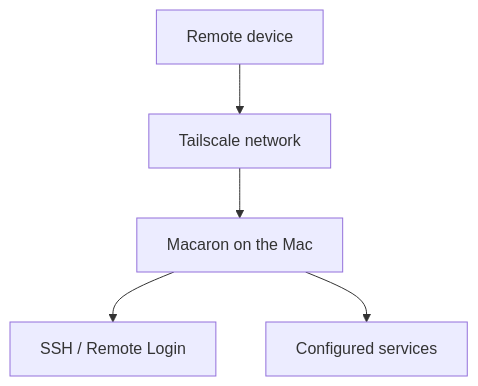
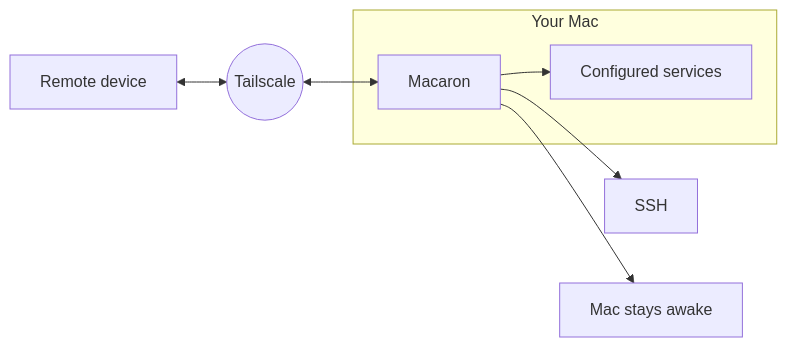
One commit to clemenzi/macaron changed the diagram in README.md. Above: the diagram before and after it, drawn with Mermaid. The commit also changed other lines of this file and 2 other files, not shown here.

````diff
--- a/README.md
+++ b/README.md
@@ -18,11 +8,14 @@
 ```mermaid
-flowchart TB
-    client[Remote device]
-    network[Tailscale network]
-    mac[Macaron on the Mac]
-    ssh[SSH / Remote Login]
-    services[Configured services]
-    client --> network --> mac
-    mac --> ssh
-    mac --> services
+flowchart LR
+    device[Remote device] <--> tailnet((Tailscale))
+
+    subgraph mac[Your Mac]
+        macaron[Macaron]
+        services[Configured services]
+    end
+
+    tailnet <--> macaron
+    macaron --> services
+    macaron --> ssh[SSH]
+    macaron --> awake[Mac stays awake]
 ```
````
